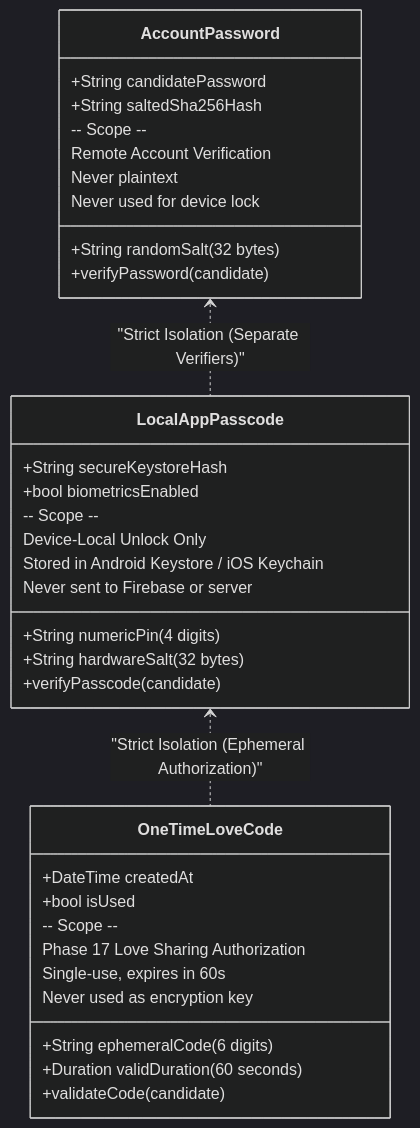
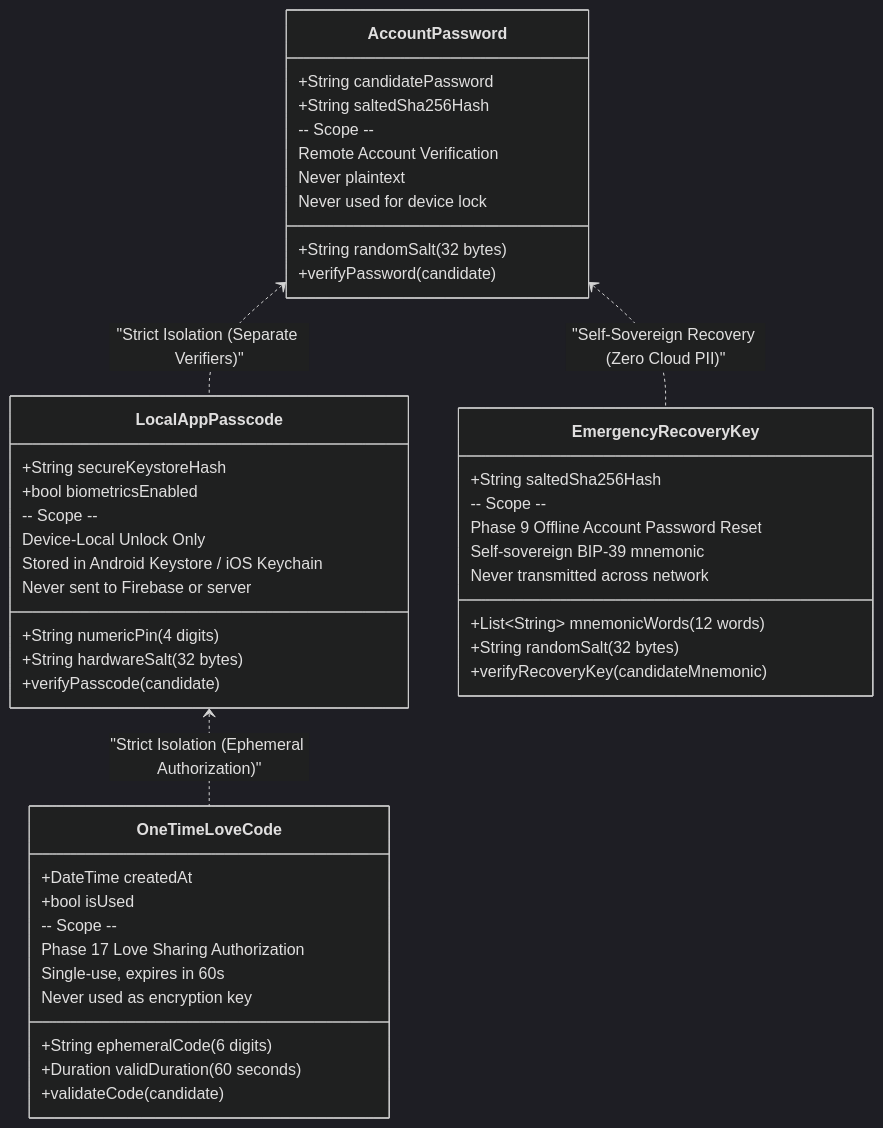
Before and after one commit to nazmulfahim3010/ourPlace: the second of 10 diagrams in diagram.md, drawn with Mermaid (dark theme). The commit also changed other lines of this file and 2 other files, not shown here.

````diff
--- a/diagram.md
+++ b/diagram.md
@@ -77,40 +77,52 @@
 ```mermaid
 classDiagram
     class AccountPassword {
         +String candidatePassword
         +String randomSalt (32 bytes)
         +String saltedSha256Hash
         +verifyPassword(candidate)
         -- Scope --
         Remote Account Verification
         Never plaintext
         Never used for device lock
     }
 
     class LocalAppPasscode {
         +String numericPin (4 digits)
         +String hardwareSalt (32 bytes)
         +String secureKeystoreHash
         +bool biometricsEnabled
         +verifyPasscode(candidate)
         -- Scope --
         Device-Local Unlock Only
         Stored in Android Keystore / iOS Keychain
         Never sent to Firebase or server
     }
 
     class OneTimeLoveCode {
         +String ephemeralCode (6 digits)
         +DateTime createdAt
         +Duration validDuration (60 seconds)
         +bool isUsed
         +validateCode(candidate)
         -- Scope --
         Phase 17 Love Sharing Authorization
         Single-use, expires in 60s
         Never used as encryption key
     }
 
+    class EmergencyRecoveryKey {
+        +List~String~ mnemonicWords (12 words)
+        +String randomSalt (32 bytes)
+        +String saltedSha256Hash
+        +verifyRecoveryKey(candidateMnemonic)
+        -- Scope --
+        Phase 9 Offline Account Password Reset
+        Self-sovereign BIP-39 mnemonic
+        Never transmitted across network
+    }
+
     AccountPassword <.. LocalAppPasscode : "Strict Isolation (Separate Verifiers)"
     LocalAppPasscode <.. OneTimeLoveCode : "Strict Isolation (Ephemeral Authorization)"
+    AccountPassword <.. EmergencyRecoveryKey : "Self-Sovereign Recovery (Zero Cloud PII)"
 ```
````
